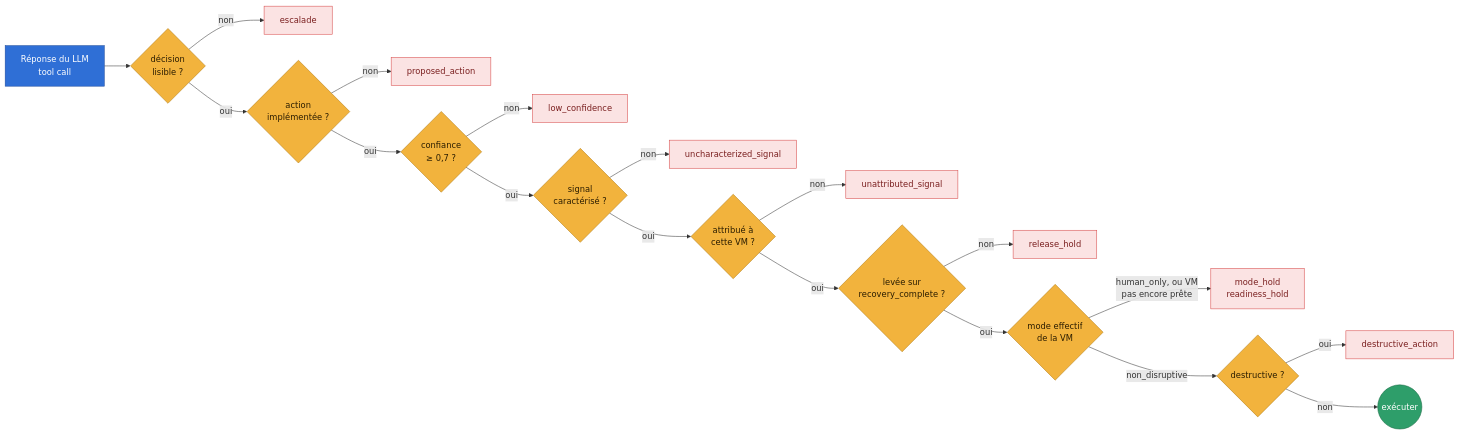
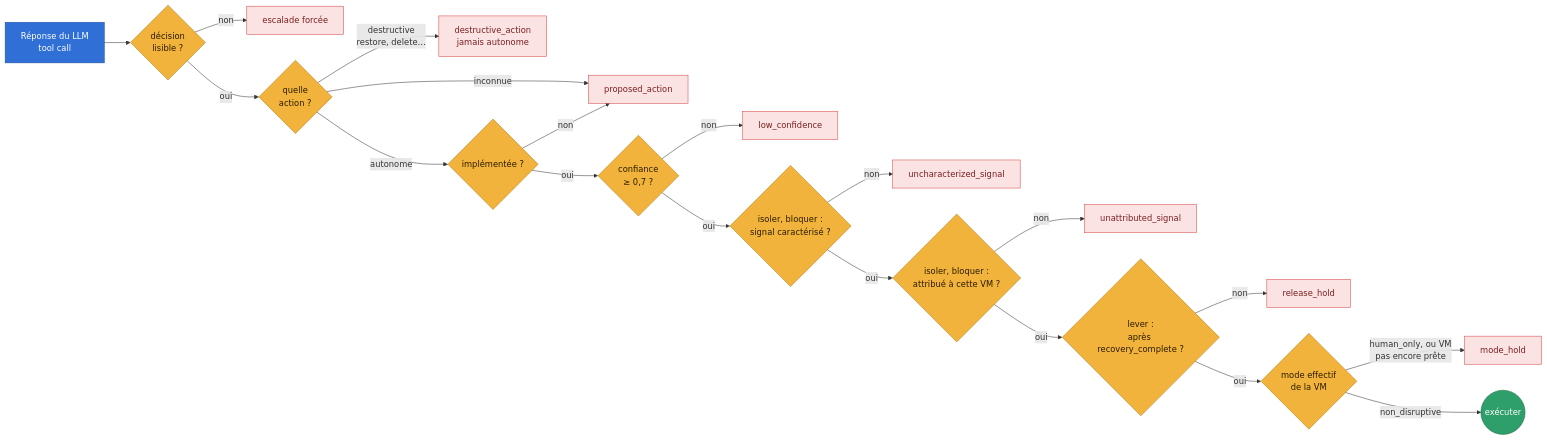
Before and after one commit to Vanyar53/eregion: the fourth of 6 diagrams in docs/architecture.md, drawn with Mermaid. The commit also changed other lines of this file and 2 other files, not shown here.

Commit message:
docs(schemas): gardes conformes au code, schémas dessinés une fois la police chargée
- Gardes : une action destructive n'est jamais autonome, quel que soit le mode
  (elle sortait après le mode, dans la seule branche non_disruptive) ; signal
  caractérisé et attribution ne valent que pour isoler et bloquer, la
  précondition de levée que pour lever ; readiness_hold vient du contrôle de
  préparation, pas de decide.
- Mutation : 1 000 séquences × 2 tours en CI (le schéma disait 500).
- Page : Mermaid mesurait les bulles avant le chargement d'IBM Plex — le texte
  débordait. Dessin après document.fonts (repli à 3 s), sous une classe que
  claude.ai ne dessine pas lui-même.

````diff
--- a/docs/architecture.md
+++ b/docs/architecture.md
@@ -135,28 +137,29 @@
 ```mermaid
 flowchart LR
     LLM["Réponse du LLM<br/>tool call"] --> P{"décision<br/>lisible ?"}
-    P -->|non| E0["escalade"]
-    P -->|oui| X{"action<br/>implémentée ?"}
-    X -->|non| E1["proposed_action"]
+    P -->|non| E0["escalade forcée"]
+    P -->|oui| K{"quelle<br/>action ?"}
+    K -->|"destructive<br/>restore, delete…"| E7["destructive_action<br/>jamais autonome"]
+    K -->|"inconnue"| E1["proposed_action"]
+    K -->|"autonome"| X{"implémentée ?"}
+    X -->|non| E1
     X -->|oui| C{"confiance<br/>≥ 0,7 ?"}
     C -->|non| E2["low_confidence"]
-    C -->|oui| S{"signal<br/>caractérisé ?"}
+    C -->|oui| S{"isoler, bloquer :<br/>signal caractérisé ?"}
     S -->|non| E3["uncharacterized_signal"]
-    S -->|oui| A{"attribué à<br/>cette VM ?"}
+    S -->|oui| A{"isoler, bloquer :<br/>attribué à cette VM ?"}
     A -->|non| E4["unattributed_signal"]
-    A -->|oui| R{"levée sur<br/>recovery_complete ?"}
+    A -->|oui| R{"lever :<br/>après recovery_complete ?"}
     R -->|non| E5["release_hold"]
     R -->|oui| M{"mode effectif<br/>de la VM"}
-    M -->|"human_only, ou VM<br/>pas encore prête"| E6["mode_hold<br/>readiness_hold"]
-    M -->|"non_disruptive"| D{"destructive ?"}
-    D -->|oui| E7["destructive_action"]
-    D -->|non| GO(("exécuter"))
+    M -->|"human_only, ou VM<br/>pas encore prête"| E6["mode_hold"]
+    M -->|"non_disruptive"| GO(("exécuter"))
     classDef blue fill:#2f6fd6,stroke:#1d4a9a,color:#ffffff
     classDef guard fill:#f2b33d,stroke:#b07a12,color:#2b1d00
     classDef warn fill:#fbe3e3,stroke:#d64545,color:#7a1f1f
     classDef go fill:#2e9e6a,stroke:#1d6b47,color:#ffffff
     class LLM blue
-    class P,X,C,S,A,R,M,D guard
+    class P,K,X,C,S,A,R,M guard
     class E0,E1,E2,E3,E4,E5,E6,E7 warn
     class GO go
 ```
````
